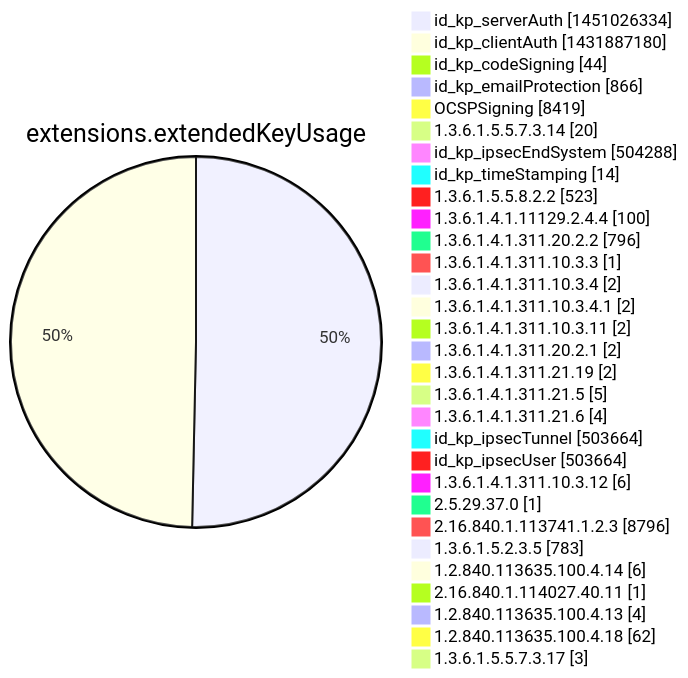
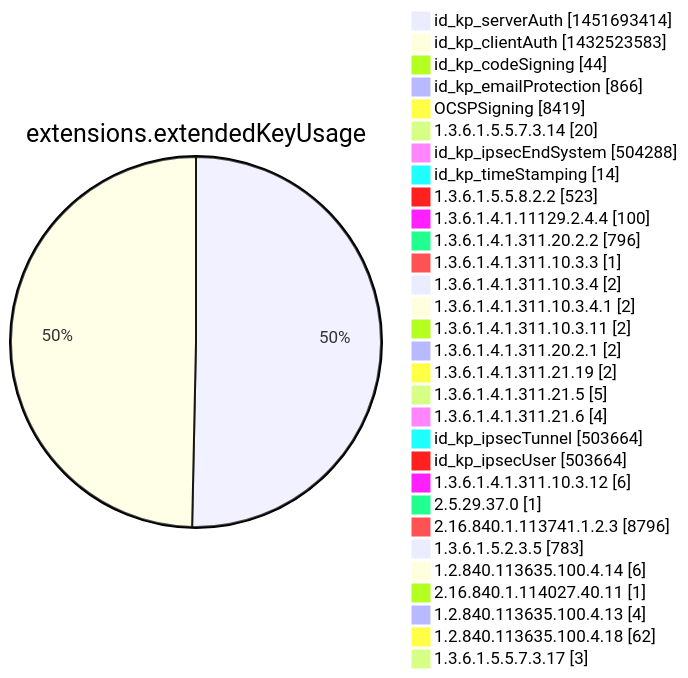
One commit to christiankrug/ctmonitor_visualization changed diagram 12 of 15 in argon2022/README.md. Above: the diagram before and after it, drawn with Mermaid. The commit also changed other lines of this file, not shown here.

````diff
--- a/argon2022/README.md
+++ b/argon2022/README.md
@@ -3555,34 +3555,34 @@
 ```mermaid
 pie showData
 title extensions.extendedKeyUsage
-"id_kp_serverAuth" :1451026334
-"id_kp_clientAuth" :1431887180
+"id_kp_serverAuth" :1451693414
+"id_kp_clientAuth" :1432523583
 "id_kp_codeSigning" :44
 "id_kp_emailProtection" :866
 "OCSPSigning" :8419
 "1.3.6.1.5.5.7.3.14" :20
 "id_kp_ipsecEndSystem" :504288
 "id_kp_timeStamping" :14
 "1.3.6.1.5.5.8.2.2" :523
 "1.3.6.1.4.1.11129.2.4.4" :100
 "1.3.6.1.4.1.311.20.2.2" :796
 "1.3.6.1.4.1.311.10.3.3" :1
 "1.3.6.1.4.1.311.10.3.4" :2
 "1.3.6.1.4.1.311.10.3.4.1" :2
 "1.3.6.1.4.1.311.10.3.11" :2
 "1.3.6.1.4.1.311.20.2.1" :2
 "1.3.6.1.4.1.311.21.19" :2
 "1.3.6.1.4.1.311.21.5" :5
 "1.3.6.1.4.1.311.21.6" :4
 "id_kp_ipsecTunnel" :503664
 "id_kp_ipsecUser" :503664
 "1.3.6.1.4.1.311.10.3.12" :6
 "2.5.29.37.0" :1
 "2.16.840.1.113741.1.2.3" :8796
 "1.3.6.1.5.2.3.5" :783
 "1.2.840.113635.100.4.14" :6
 "2.16.840.1.114027.40.11" :1
 "1.2.840.113635.100.4.13" :4
 "1.2.840.113635.100.4.18" :62
 "1.3.6.1.5.5.7.3.17" :3
 ```
````
